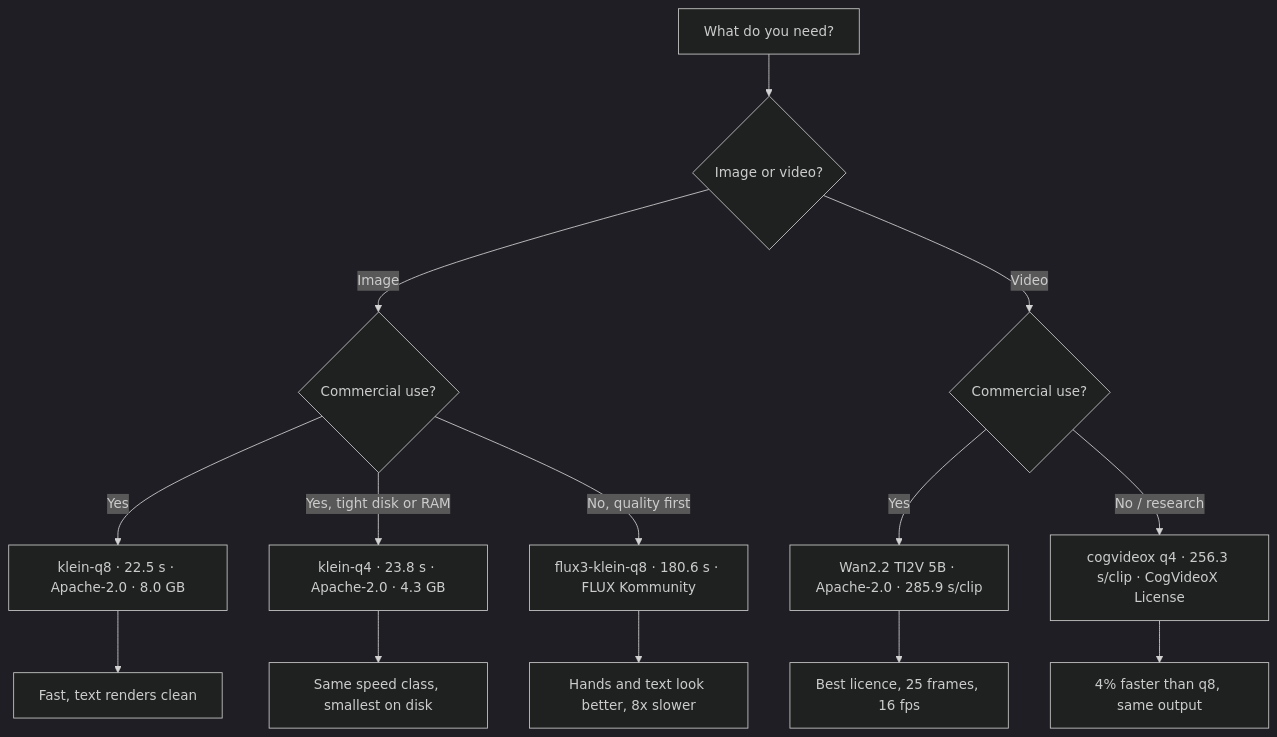
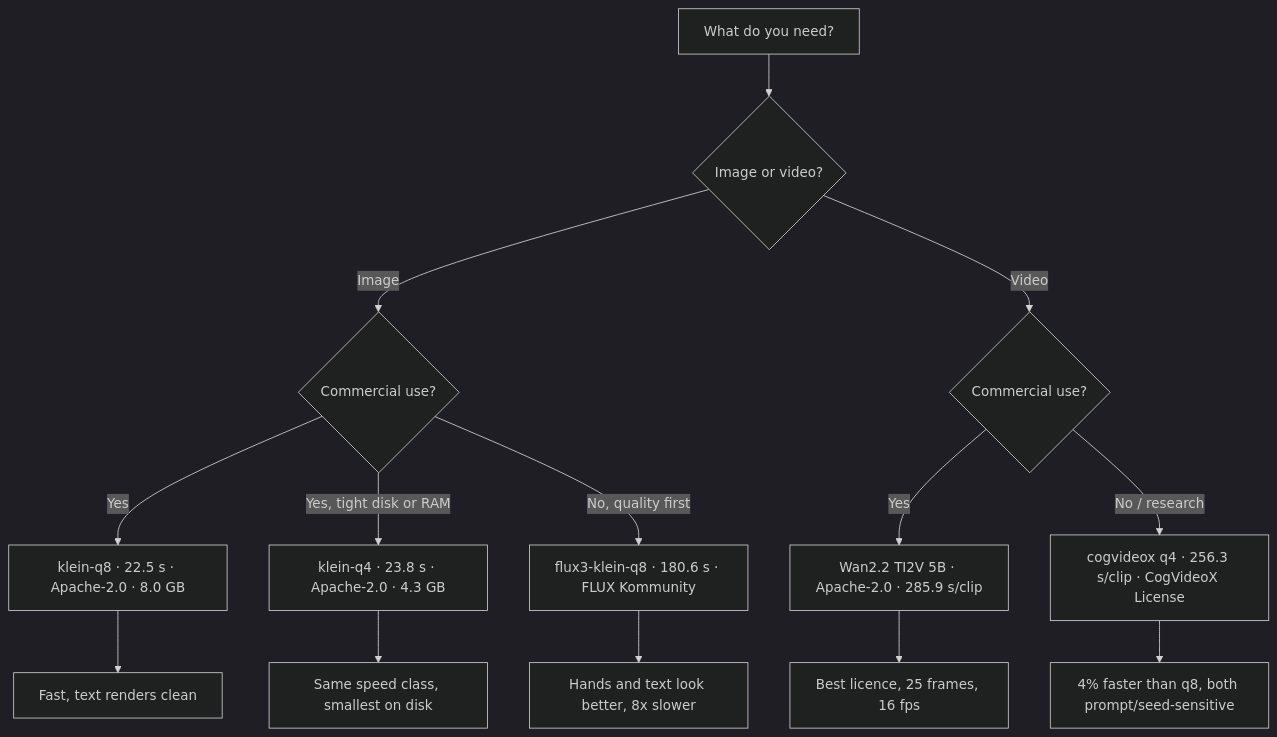
Before and after one commit to mahirfatih/local-generation-benchmark-m1-max: the first of 4 diagrams in README.md, drawn with Mermaid (dark theme). The commit also changed other lines of this file and 11 other files, not shown here.

````diff
--- a/README.md
+++ b/README.md
@@ -40,16 +40,16 @@
 ```mermaid
 flowchart TD
     A[What do you need?] --> B{Image or video?}
     B -->|Image| C{Commercial use?}
     B -->|Video| D{Commercial use?}
     C -->|Yes| E[klein-q8 · 22.5 s · Apache-2.0 · 8.0 GB]
     C -->|Yes, tight disk or RAM| E4[klein-q4 · 23.8 s · Apache-2.0 · 4.3 GB]
     C -->|No, quality first| F[flux3-klein-q8 · 180.6 s · FLUX Kommunity]
     D -->|Yes| G[Wan2.2 TI2V 5B · Apache-2.0 · 285.9 s/clip]
     D -->|No / research| H[cogvideox q4 · 256.3 s/clip · CogVideoX License]
     E --> I[Fast, text renders clean]
     E4 --> I4[Same speed class, smallest on disk]
     F --> J[Hands and text look better, 8x slower]
     G --> K[Best licence, 25 frames, 16 fps]
-    H --> L[4% faster than q8, same output]
+    H --> L[4% faster than q8, both prompt/seed-sensitive]
 ```
````
